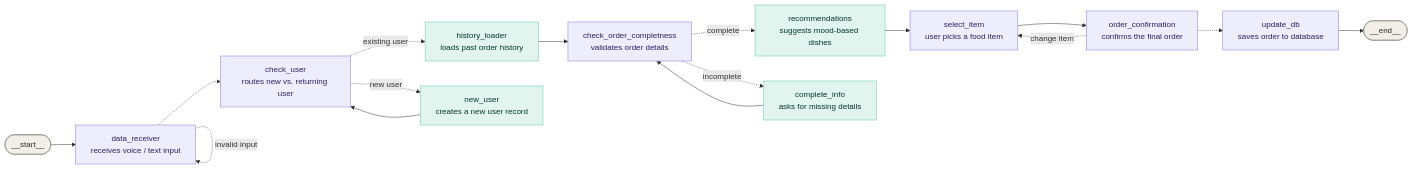
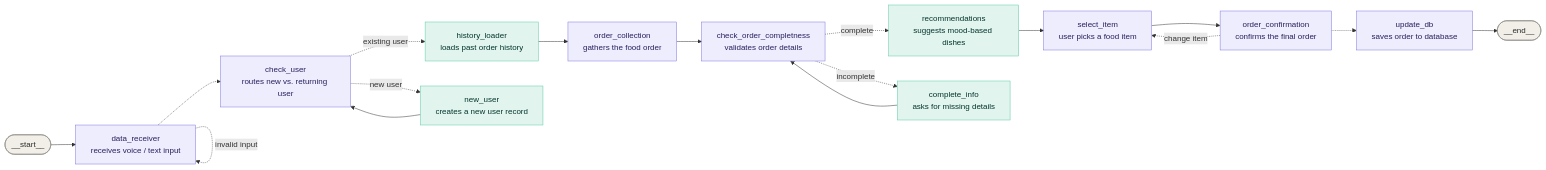
The first of 2 diagrams in README.md (Naeem-Mubarak/Food-Recommender-agent), drawn with Mermaid before and after one commit. The commit also changed other lines of this file, not shown here.

````diff
--- a/README.md
+++ b/README.md
@@ -10,30 +8,31 @@
 ```mermaid
 flowchart LR
     start(["__start__"]) --> data_receiver["data_receiver<br/>receives voice / text input"]
     data_receiver -.->|"invalid input"| data_receiver
     data_receiver -.-> check_user["check_user<br/>routes new vs. returning user"]
 
     check_user -.->|"existing user"| history_loader["history_loader<br/>loads past order history"]
     check_user -.->|"new user"| new_user["new_user<br/>creates a new user record"]
     new_user --> check_user
 
-    history_loader --> check_order_completness["check_order_completness<br/>validates order details"]
+    history_loader --> order_collection["order_collection<br/>gathers the food order"]
+    order_collection --> check_order_completness["check_order_completness<br/>validates order details"]
 
     check_order_completness -.->|"complete"| recommendations["recommendations<br/>suggests mood-based dishes"]
     check_order_completness -.->|"incomplete"| complete_info["complete_info<br/>asks for missing details"]
     complete_info --> check_order_completness
 
     recommendations --> select_item["select_item<br/>user picks a food item"]
     select_item --> order_confirmation["order_confirmation<br/>confirms the final order"]
     order_confirmation -.->|"change item"| select_item
     order_confirmation -.-> update_db["update_db<br/>saves order to database"]
     update_db --> end_(["__end__"])
 
     classDef pillNode fill:#F1EFE8,stroke:#888780,color:#2C2C2A,rx:20,ry:20
     classDef coreNode fill:#EEEDFE,stroke:#7F77DD,color:#26215C
     classDef branchNode fill:#E1F5EE,stroke:#5DCAA5,color:#04342C
 
     class start,end_ pillNode
-    class data_receiver,check_user,check_order_completness,select_item,order_confirmation,update_db coreNode
+    class data_receiver,check_user,order_collection,check_order_completness,select_item,order_confirmation,update_db coreNode
     class history_loader,new_user,recommendations,complete_info branchNode
 ```
````
